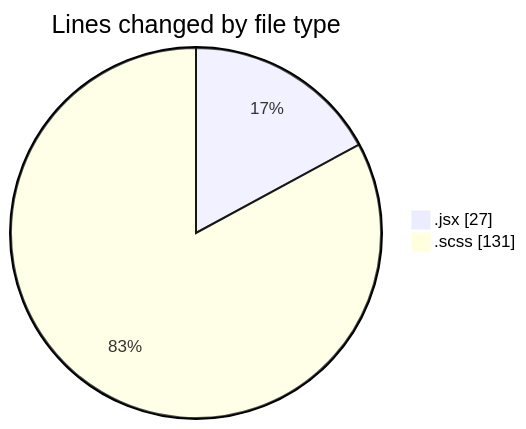
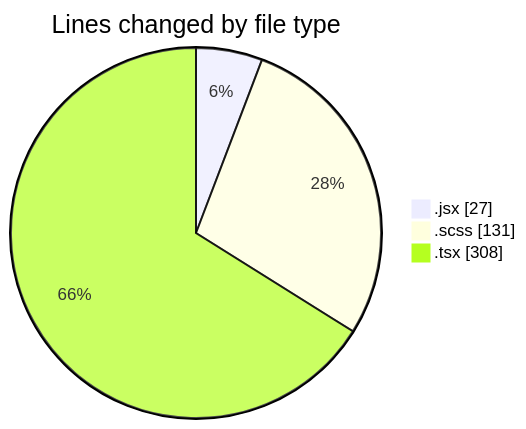
Before and after one commit to momahboobian/code-tracking: the first of 2 diagrams in 2026-03-16/cda/README.md, drawn with Mermaid. The commit also changed other lines of this file and 1 other file, not shown here.

````diff
--- a/2026-03-16/cda/README.md
+++ b/2026-03-16/cda/README.md
@@ -21,6 +23,7 @@
 ```mermaid
 pie showData
 title Lines changed by file type
 ".jsx" : 27
 ".scss" : 131
+".tsx" : 308
 ```
````
